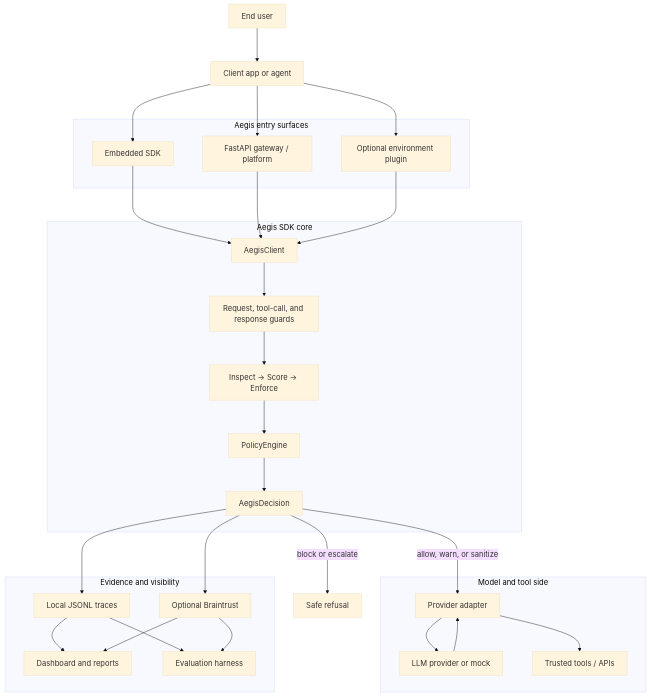
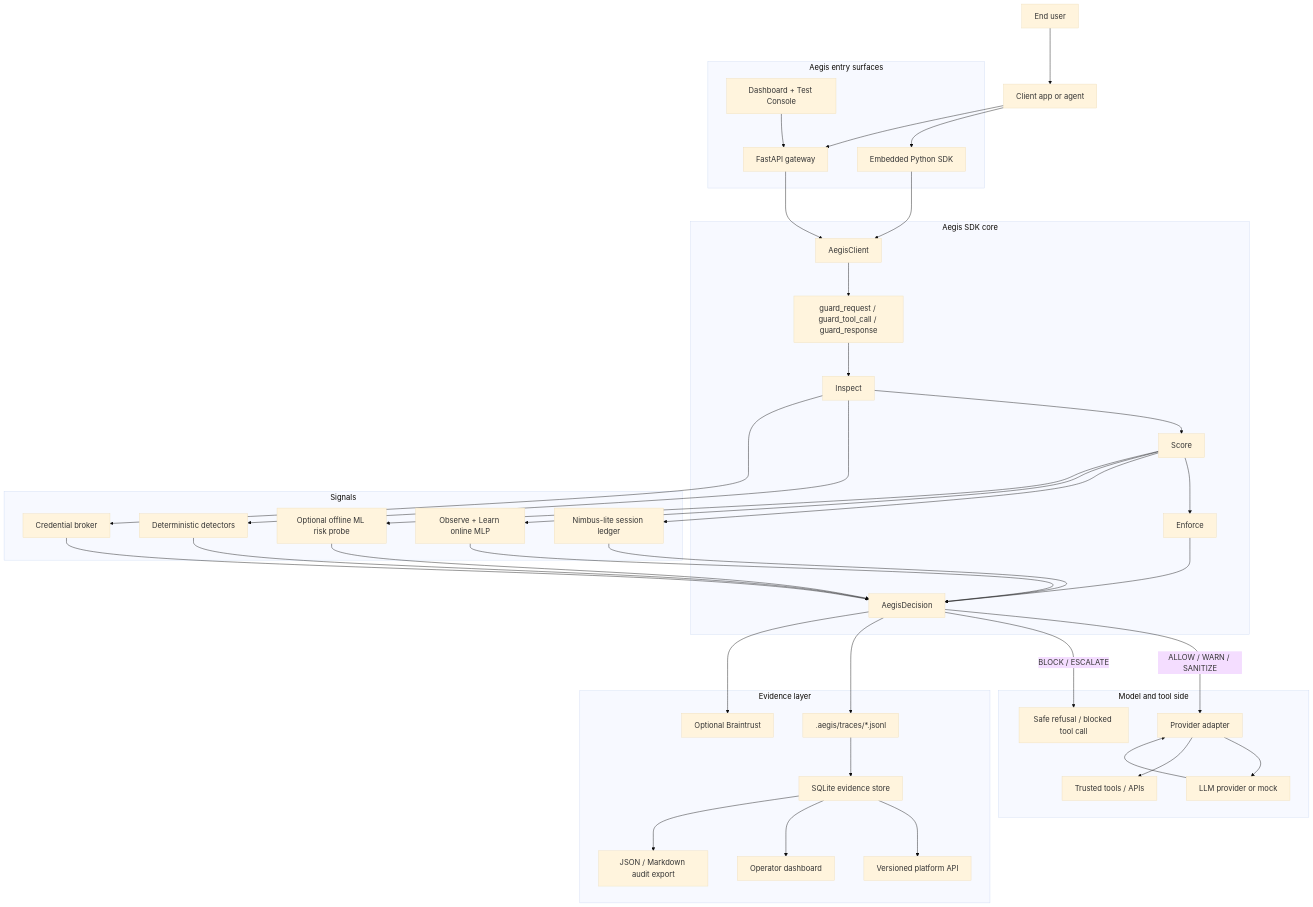
The first of 2 diagrams in architecture.md (jaynyasg/Capstone), drawn with Mermaid before and after one commit. The commit also changed other lines of this file and 7 other files, not shown here.

Commit message:
docs: refresh project architecture documentation

````diff
--- a/architecture.md
+++ b/architecture.md
@@ -23,57 +32,80 @@
 ```mermaid
 %%{init: {"theme":"base","flowchart":{"useMaxWidth":false,"htmlLabels":true,"nodeSpacing":70,"rankSpacing":80,"diagramPadding":24},"themeVariables":{"fontSize":"18px"}}}%%
 flowchart TB
     User["End user"] --> App["Client app or agent"]
 
-    subgraph AegisEntry["Aegis entry surfaces"]
-        SDKMode["Embedded SDK"]
-        GatewayMode["FastAPI gateway / platform"]
-        PluginMode["Optional environment plugin"]
+    subgraph Entry["Aegis entry surfaces"]
+        SDK["Embedded Python SDK"]
+        Gateway["FastAPI gateway"]
+        Console["Dashboard + Test Console"]
     end
 
-    App --> SDKMode
-    App --> GatewayMode
-    App --> PluginMode
+    App --> SDK
+    App --> Gateway
+    Console --> Gateway
 
-    subgraph AegisCore["Aegis SDK core"]
+    subgraph Core["Aegis SDK core"]
         Client["AegisClient"]
-        Guards["Request, tool-call, and response guards"]
-        Pipeline["Inspect -> Score -> Enforce"]
-        Policy["PolicyEngine"]
+        Guards["guard_request / guard_tool_call / guard_response"]
+        Inspect["Inspect"]
+        Score["Score"]
+        Enforce["Enforce"]
         Decision["AegisDecision"]
     end
 
-    SDKMode --> Client
-    GatewayMode --> Client
-    PluginMode --> Client
+    SDK --> Client
+    Gateway --> Client
     Client --> Guards
-    Guards --> Pipeline
-    Pipeline --> Policy
-    Policy --> Decision
+    Guards --> Inspect
+    Inspect --> Score
+    Score --> Enforce
+    Enforce --> Decision
 
-    subgraph ModelToolSide["Model and tool side"]
+    subgraph Signals["Signals"]
+        Detectors["Deterministic detectors"]
+        Broker["Credential broker"]
+        Nimbus["Nimbus-lite session ledger"]
+        ObserveML["Observe + Learn online MLP"]
+        Probe["Optional offline ML risk probe"]
+    end
+
+    Inspect --> Detectors
+    Inspect --> Broker
+    Score --> Nimbus
+    Score --> ObserveML
+    Score --> Probe
+    Detectors --> Decision
+    Broker --> Decision
+    Nimbus --> Decision
+    ObserveML --> Decision
+    Probe --> Decision
+
+    subgraph ModelTools["Model and tool side"]
         Provider["Provider adapter"]
         LLM["LLM provider or mock"]
         Tools["Trusted tools / APIs"]
+        Refusal["Safe refusal / blocked tool call"]
     end
 
-    Decision -->|allow, warn, or sanitize| Provider
-    Decision -->|block or escalate| Refusal["Safe refusal"]
+    Decision -->|ALLOW / WARN / SANITIZE| Provider
+    Decision -->|BLOCK / ESCALATE| Refusal
     Provider --> LLM
     LLM --> Provider
     Provider --> Tools
 
-    subgraph Evidence["Evidence and visibility"]
-        JSONL["Local JSONL traces"]
+    subgraph Evidence["Evidence layer"]
+        JSONL[".aegis/traces/*.jsonl"]
         Braintrust["Optional Braintrust"]
-        Dashboard["Dashboard and reports"]
-        Evals["Evaluation harness"]
+        Store["SQLite evidence store"]
+        API["Versioned platform API"]
+        Dashboard["Operator dashboard"]
+        Export["JSON / Markdown audit export"]
     end
 
     Decision --> JSONL
     Decision --> Braintrust
-    JSONL --> Dashboard
-    Braintrust --> Dashboard
-    JSONL --> Evals
-    Braintrust --> Evals
+    JSONL --> Store
+    Store --> API
+    Store --> Dashboard
+    Store --> Export
 ```
````
